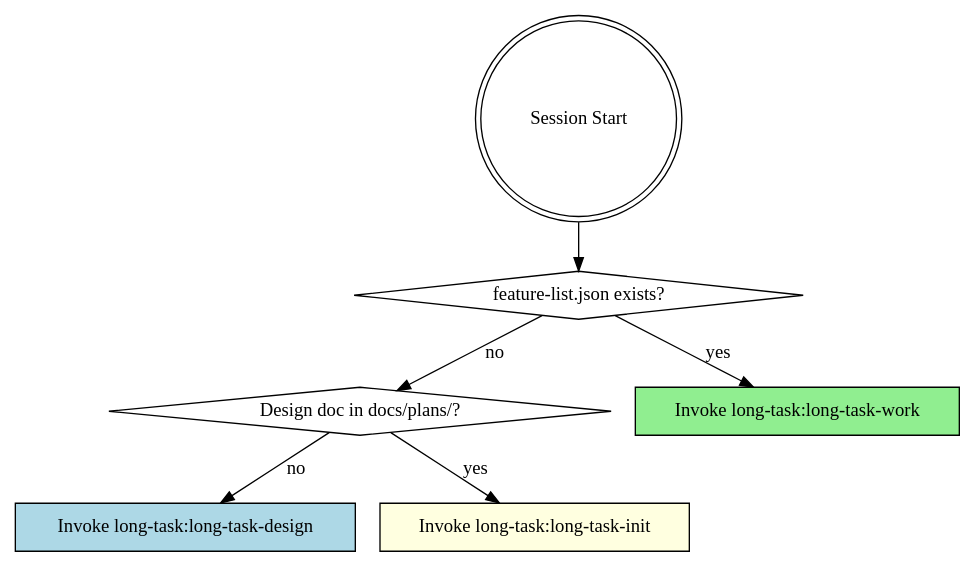
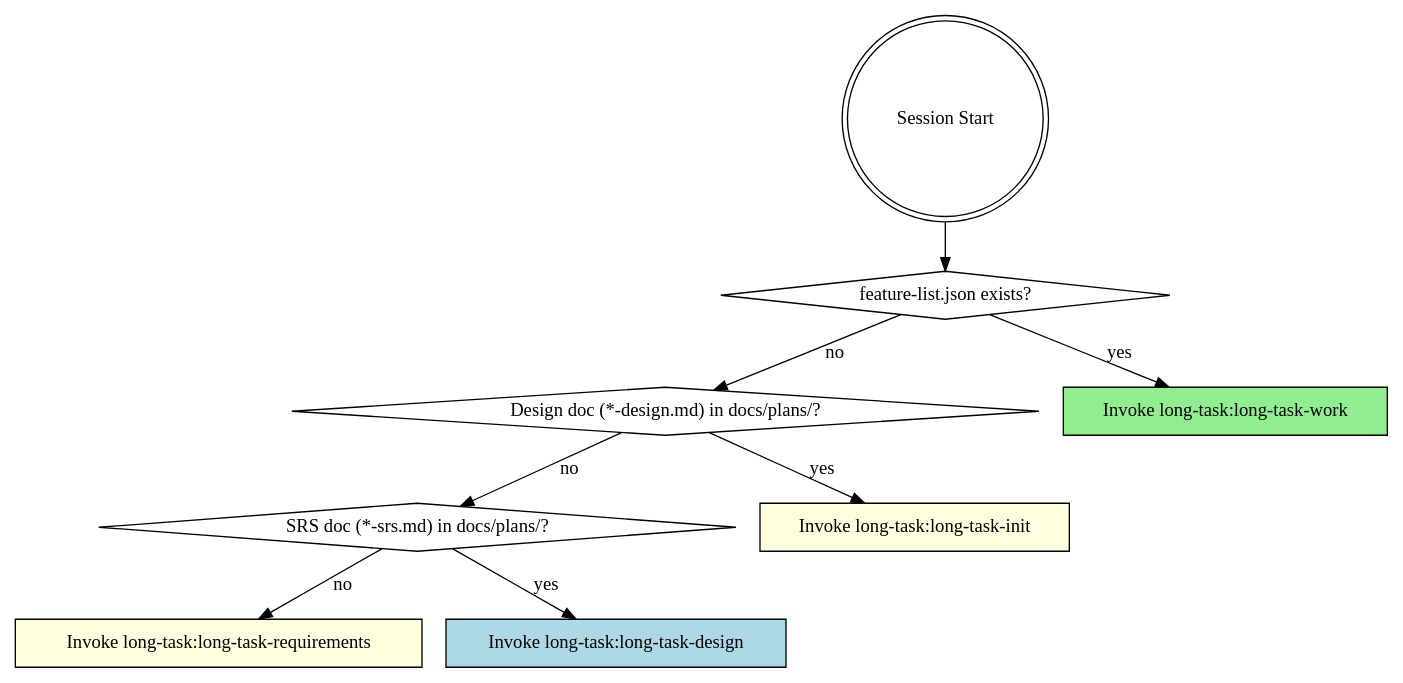
One commit to RexHeap/longtaskforagent changed the diagram in skills/using-long-task/SKILL.md. Above: the diagram before and after it, drawn with Graphviz. The commit also changed other lines of this file and 7 other files, not shown here.

````diff
--- a/skills/using-long-task/SKILL.md
+++ b/skills/using-long-task/SKILL.md
@@ -22,16 +22,20 @@
 ```dot
 digraph phase_detection {
     "Session Start" [shape=doublecircle];
     "feature-list.json exists?" [shape=diamond];
-    "Design doc in docs/plans/?" [shape=diamond];
+    "Design doc (*-design.md) in docs/plans/?" [shape=diamond];
+    "SRS doc (*-srs.md) in docs/plans/?" [shape=diamond];
+    "Invoke long-task:long-task-requirements" [shape=box style=filled fillcolor=lightyellow];
     "Invoke long-task:long-task-design" [shape=box style=filled fillcolor=lightblue];
     "Invoke long-task:long-task-init" [shape=box style=filled fillcolor=lightyellow];
     "Invoke long-task:long-task-work" [shape=box style=filled fillcolor=lightgreen];
 
     "Session Start" -> "feature-list.json exists?";
     "feature-list.json exists?" -> "Invoke long-task:long-task-work" [label="yes"];
-    "feature-list.json exists?" -> "Design doc in docs/plans/?" [label="no"];
-    "Design doc in docs/plans/?" -> "Invoke long-task:long-task-init" [label="yes"];
-    "Design doc in docs/plans/?" -> "Invoke long-task:long-task-design" [label="no"];
+    "feature-list.json exists?" -> "Design doc (*-design.md) in docs/plans/?" [label="no"];
+    "Design doc (*-design.md) in docs/plans/?" -> "Invoke long-task:long-task-init" [label="yes"];
+    "Design doc (*-design.md) in docs/plans/?" -> "SRS doc (*-srs.md) in docs/plans/?" [label="no"];
+    "SRS doc (*-srs.md) in docs/plans/?" -> "Invoke long-task:long-task-design" [label="yes"];
+    "SRS doc (*-srs.md) in docs/plans/?" -> "Invoke long-task:long-task-requirements" [label="no"];
 }
 ```
````
